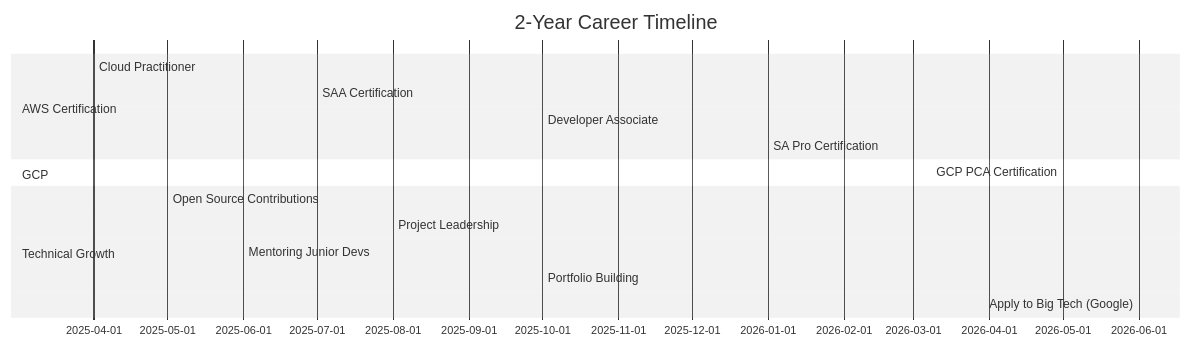
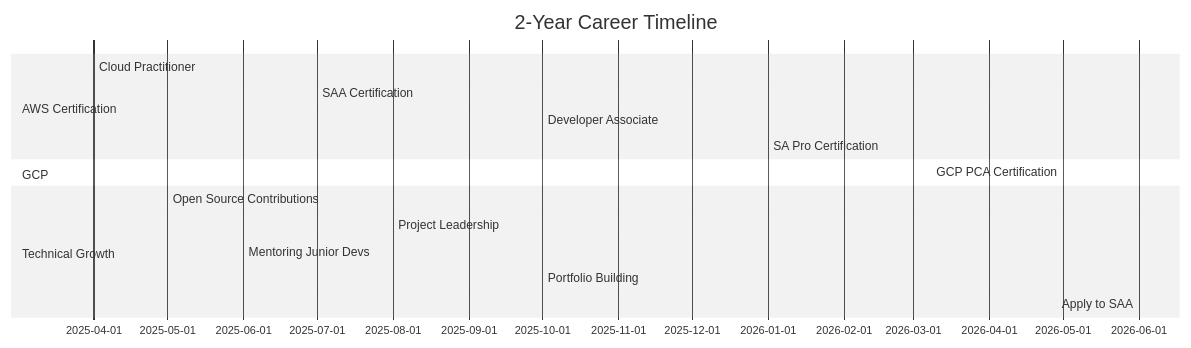
One commit to HigorAlves/HigorAlves changed the second of 3 diagrams in career-plan.md. Above: the diagram before and after it, drawn with Mermaid (neutral theme).

````diff
--- a/career-plan.md
+++ b/career-plan.md
@@ -127,18 +127,18 @@
 ```mermaid
 gantt
   title 2-Year Career Timeline
   dateFormat  YYYY-MM
   section AWS Certification
   Cloud Practitioner       :done,      aws0, 2025-04, 3m
   SAA Certification        :active,    aws1, 2025-07, 3m
   Developer Associate      :           aws2, 2025-10, 3m
   SA Pro Certification     :           aws3, 2026-01, 4m
   section GCP
   GCP PCA Certification    :           gcp1, 2026-05, 3m
   section Technical Growth
   Open Source Contributions:           oss1, 2025-05, 18m
   Project Leadership       :           lead1, 2025-08, 5m
   Mentoring Junior Devs    :           mentor, 2025-06, 18m
   Portfolio Building       :           port1, 2025-10, 12m
-  Apply to Big Tech (Google):          google, 2026-06, 3m
+  Apply to SAA:          company, 2026-06, 3m
 ```
````
